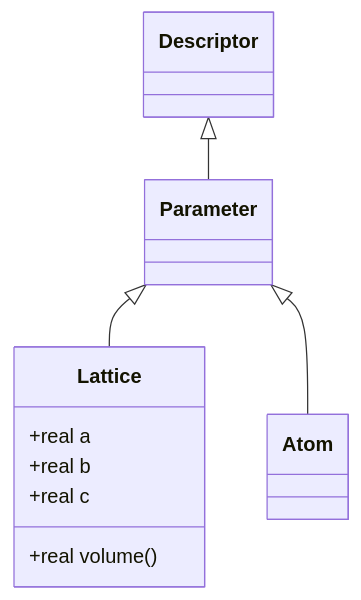
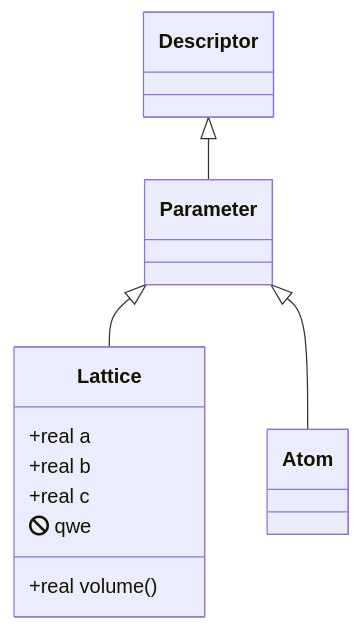
The second of 2 diagrams in easyScience.md (easyScience/easyScience), drawn with Mermaid before and after one commit. The commit also changed other lines of this file, not shown here.

````diff
--- a/easyScience.md
+++ b/easyScience.md
@@ -35,23 +37,24 @@
 ```mermaid
 classDiagram
 
 	Descriptor <|-- Parameter
 	Parameter <|-- Lattice
 	Parameter <|-- Atom
 
 	class Descriptor {
 	}
 
 	class Parameter {
 	}
 
 	class Lattice {
 		+real a
 		+real b
 		+real c
 		+real volume()
+		fa:fa-ban qwe
 	}
 
 	class Atom {
 	}
 ```
````
